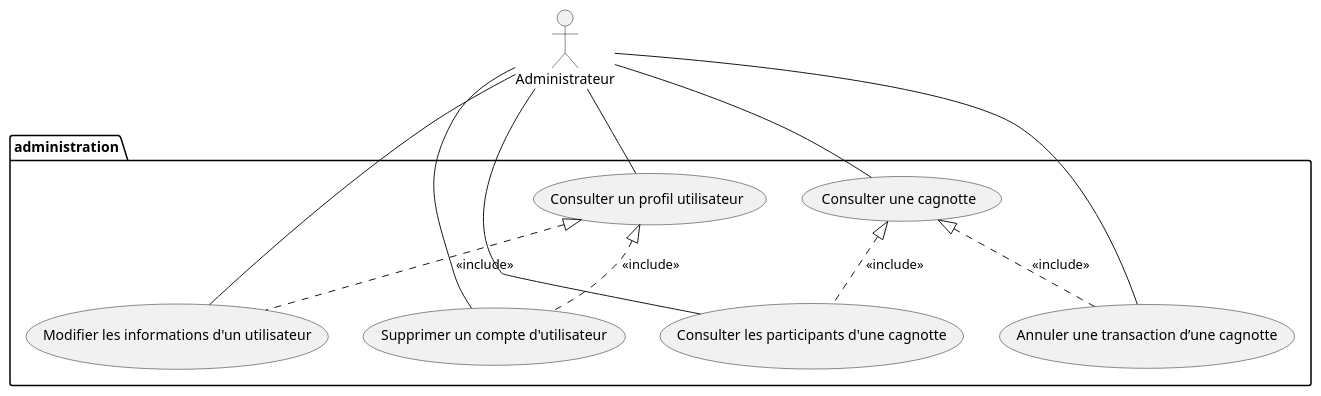
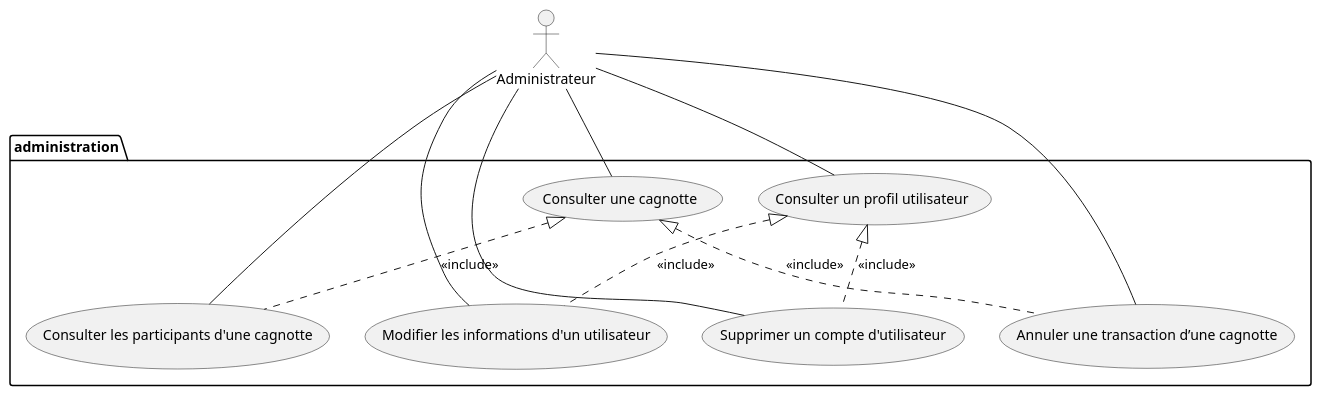
Before and after one commit to lmtb06/sharecount: the diagram in diagrammes/specification/cas-utilisation/administration.puml, drawn with PlantUML. The commit also changed other lines of this file and 3 other files, not shown here.

Commit message:
Modification des diagrammes de séquence

```diff
--- a/diagrammes/specification/cas-utilisation/administration.puml
+++ b/diagrammes/specification/cas-utilisation/administration.puml
@@ -1,26 +1,26 @@
 @startuml Administration
 
 actor "Administrateur" as admin
 
 package "administration" {
+	usecase "Annuler une transaction d’une cagnotte" as atc
+	usecase "Consulter une cagnotte" as ccag
+	usecase "Consulter les participants d'une cagnotte" as cpc
 	usecase "Consulter un profil utilisateur" as cpu
-	usecase "Consulter une cagnotte" as ccag
-	usecase "Annuler une transaction d’une cagnotte" as atc
-	usecase "Consulter les participants d'une cagnotte" as cpc
 	usecase "Modifier les informations d'un utilisateur" as miu
 	usecase "Supprimer un compte d'utilisateur" as scu
 }
 ' appartenance
 	admin	--	cpu
 	admin	--	ccag
 	admin	-	cpc
 	admin	-	miu
 	admin	-	scu
 	admin	-	atc
 '	includes
 	cpu	<|.. miu	: <<include>>
 	cpu	<|.. scu	: <<include>>
 	ccag	<|.. cpc	: <<include>>
 	ccag	<|.. atc	: <<include>>
 
 @enduml
```
